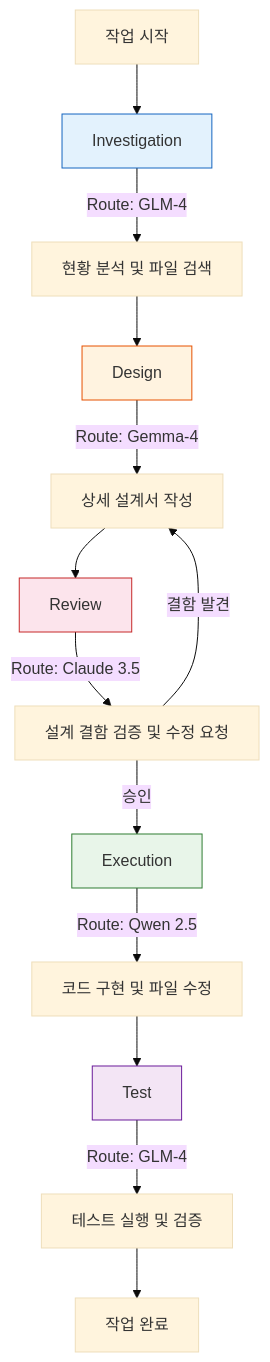
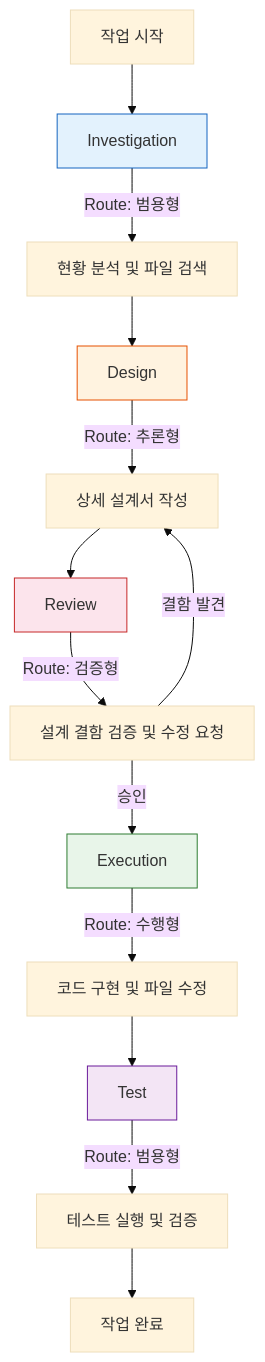
The diagram in docs/blog/posts/model-routing-design.md (pheanor-agent/p-hermes), drawn with Mermaid (base theme) before and after one commit. The commit also changed other lines of this file and 5 other files, not shown here.

````diff
--- a/docs/blog/posts/model-routing-design.md
+++ b/docs/blog/posts/model-routing-design.md
@@ -203,26 +199,26 @@
 ```mermaid
 graph TD
     Start[작업 시작] --> Step1[Investigation]
-    Step1 -->|Route: GLM-4| Action1[현황 분석 및 파일 검색]
+    Step1 -->|Route: 범용형| Action1[현황 분석 및 파일 검색]
 
     Action1 --> Step2[Design]
-    Step2 -->|Route: Gemma-4| Action2[상세 설계서 작성]
+    Step2 -->|Route: 추론형| Action2[상세 설계서 작성]
 
     Action2 --> Step3[Review]
-    Step3 -->|Route: Claude 3.5| Action3[설계 결함 검증 및 수정 요청]
+    Step3 -->|Route: 검증형| Action3[설계 결함 검증 및 수정 요청]
 
     Action3 -->|결함 발견| Action2
     Action3 -->|승인| Step4[Execution]
-    Step4 -->|Route: Qwen 2.5| Action4[코드 구현 및 파일 수정]
+    Step4 -->|Route: 수행형| Action4[코드 구현 및 파일 수정]
 
     Action4 --> Step5[Test]
-    Step5 -->|Route: GLM-4| Action5[테스트 실행 및 검증]
+    Step5 -->|Route: 범용형| Action5[테스트 실행 및 검증]
 
     Action5 --> End[작업 완료]
 
     style Step1 fill:#e3f2fd,stroke:#1565c0
     style Step2 fill:#fff3e0,stroke:#e65100
     style Step3 fill:#fce4ec,stroke:#c62828
     style Step4 fill:#e8f5e9,stroke:#2e7d32
     style Step5 fill:#f3e5f5,stroke:#6a1b9a
 ```
````
